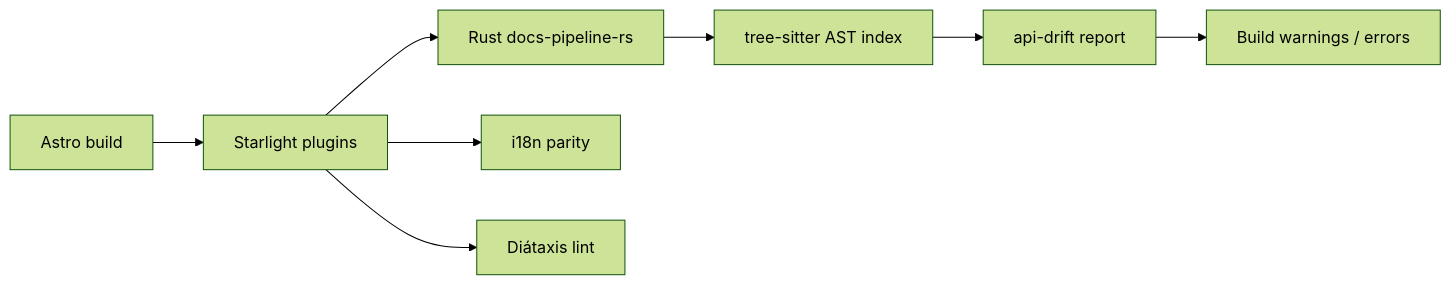
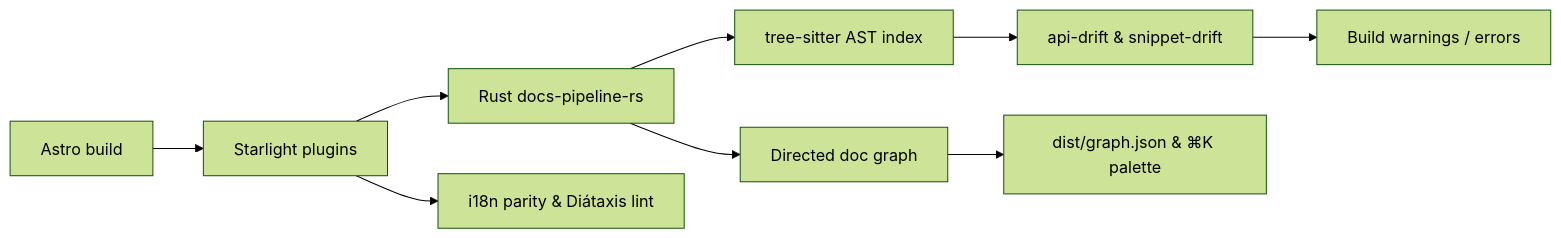
One commit to elcoosp/docs-toolkit changed the diagram in README.md. Above: the diagram before and after it, drawn with Mermaid (forest theme). The commit also changed other lines of this file, not shown here.

Commit message:
docs(readme): document docGraph, snippetDrift, and ⌘K graph integration

````diff
--- a/README.md
+++ b/README.md
@@ -74,10 +77,11 @@
 ```mermaid
 flowchart LR
   A[Astro build] --> B[Starlight plugins]
   B --> C[Rust docs-pipeline-rs]
   C --> D[tree-sitter AST index]
-  D --> E[api-drift report]
-  B --> F[i18n parity]
-  B --> G[Diátaxis lint]
+  C --> G[Directed doc graph]
+  D --> E[api-drift & snippet-drift]
+  G --> K[dist/graph.json & ⌘K palette]
+  B --> F[i18n parity & Diátaxis lint]
   E --> H[Build warnings / errors]
 ```
````
